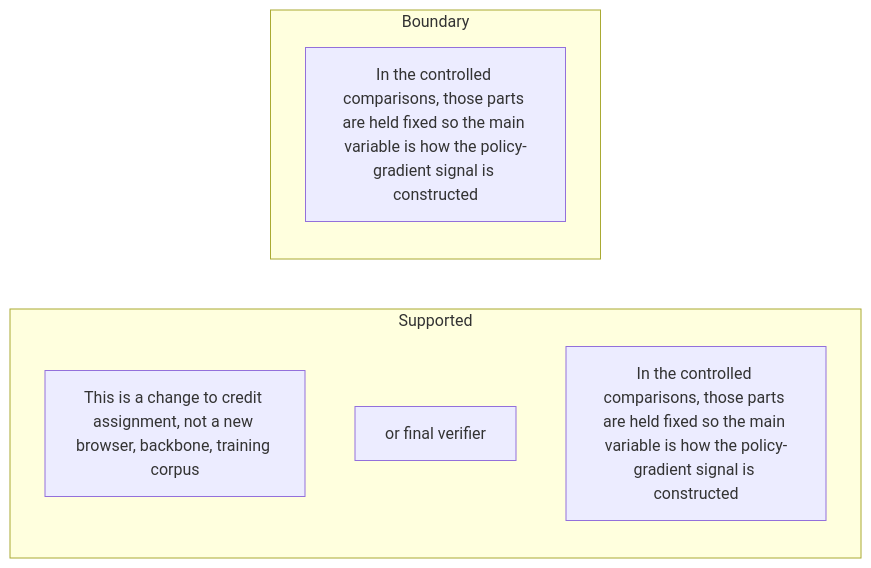
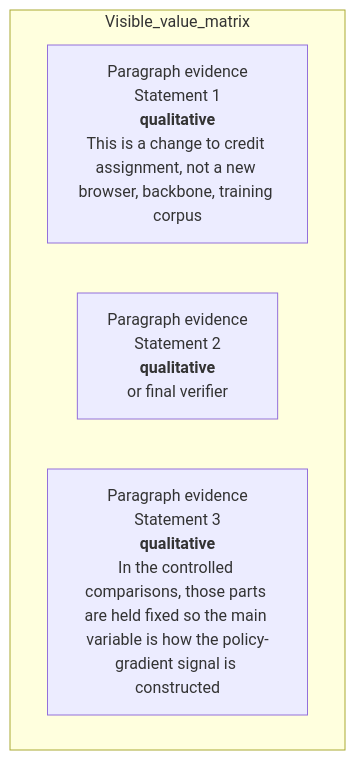
Diagram 11 of 48 in docs/visual-manifests/VISUAL_MANIFEST_TRACE.md (Betancourt1/paper_atlas), drawn with Mermaid before and after one commit. The commit also changed other lines of this file and 7 other files, not shown here.

````diff
--- a/docs/visual-manifests/VISUAL_MANIFEST_TRACE.md
+++ b/docs/visual-manifests/VISUAL_MANIFEST_TRACE.md
@@ -929,11 +822,8 @@
 ```mermaid
-flowchart LR
-  subgraph Supported
-    a1["This is a change to credit assignment, not a new browser, backbone, training corpus"]
-    a2["or final verifier"]
-    a3["In the controlled comparisons, those parts are held fixed so the main variable is how the policy-gradient signal is constructed"]
-  end
-  subgraph Boundary
-    b1["In the controlled comparisons, those parts are held fixed so the main variable is how the policy-gradient signal is constructed"]
+flowchart TB
+  subgraph Visible_value_matrix
+    r1["Paragraph evidence<br/>Statement 1<br/><b>qualitative</b><br/>This is a change to credit assignment, not a new browser, backbone, training corpus"]
+    r2["Paragraph evidence<br/>Statement 2<br/><b>qualitative</b><br/>or final verifier"]
+    r3["Paragraph evidence<br/>Statement 3<br/><b>qualitative</b><br/>In the controlled comparisons, those parts are held fixed so the main variable is how the policy-gradient signal is constructed"]
   end
 ```
````
